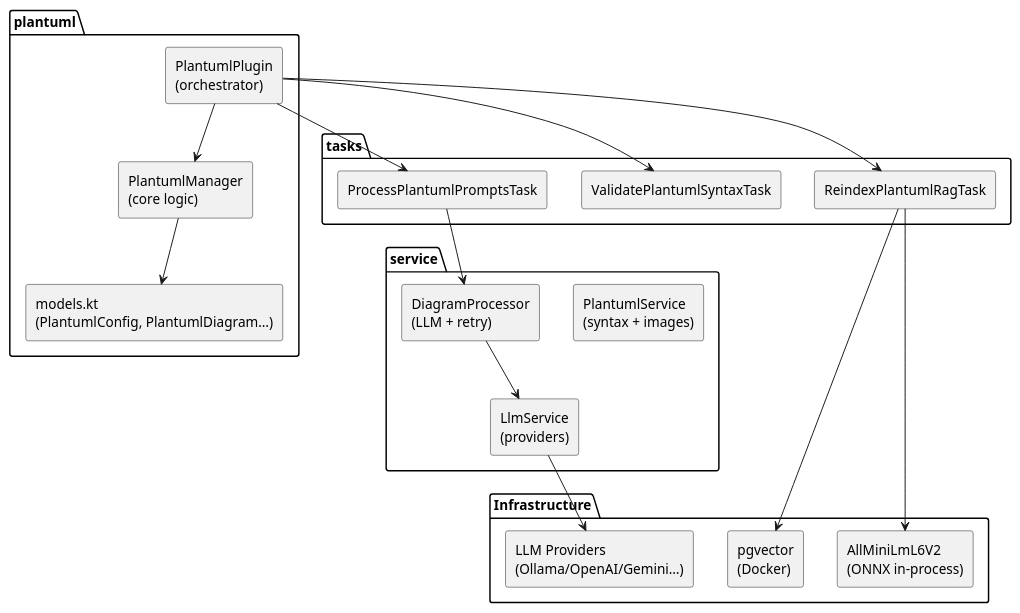
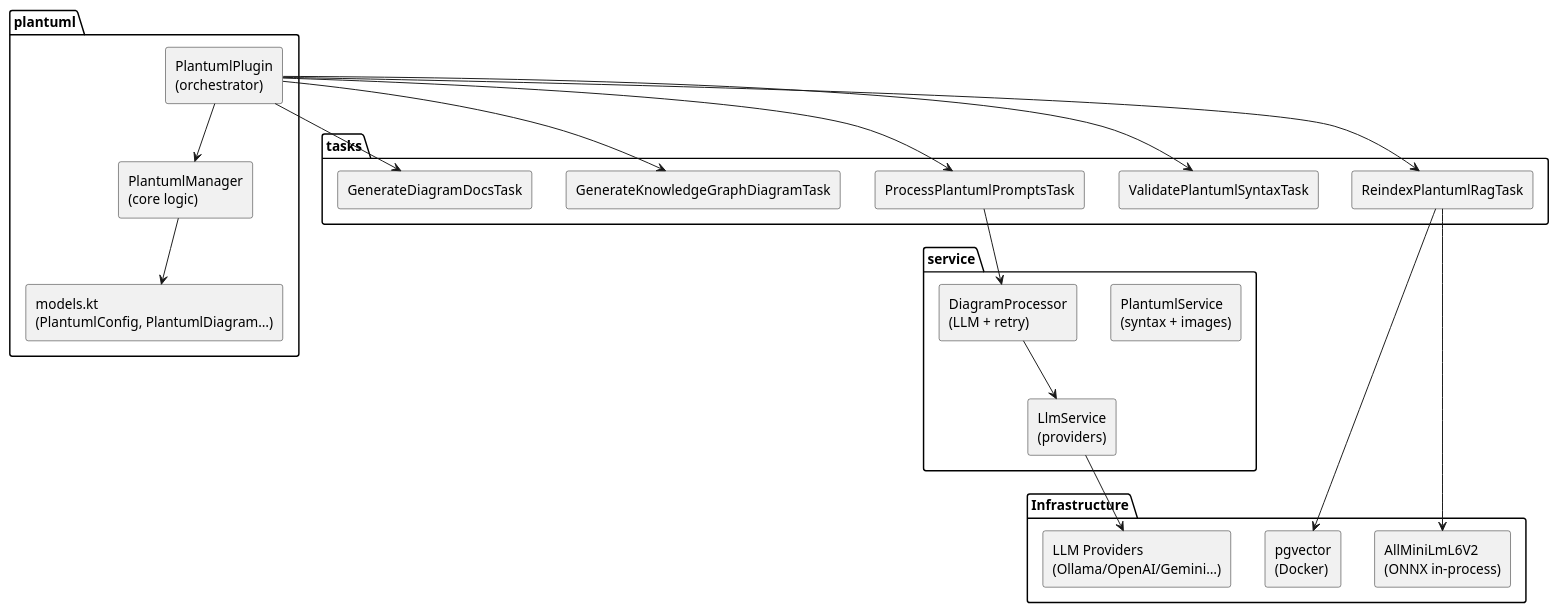
One commit to cheroliv/plantuml-gradle changed the first of 5 diagrams in plantuml-plugin/README_truth.adoc. Above: the diagram before and after it, drawn with PlantUML. The commit also changed other lines of this file and 12 other files, not shown here.

First line of the commit message:
feat: 15 functional tests for generateKnowledgeGraphDiagram + renderer improvements + readmes updated

```diff
--- a/plantuml-plugin/README_truth.adoc
+++ b/plantuml-plugin/README_truth.adoc
@@ -69,41 +69,45 @@
 [plantuml]
 ----
 @startuml
 skinparam componentStyle rectangle
 
 package "plantuml" {
   component "PlantumlPlugin\n(orchestrator)" as Plugin
   component "PlantumlManager\n(core logic)" as Manager
   component "models.kt\n(PlantumlConfig, PlantumlDiagram…)" as Models
 }
 
 package "service" {
   component "PlantumlService\n(syntax + images)" as PS
   component "DiagramProcessor\n(LLM + retry)" as DP
   component "LlmService\n(providers)" as LS
 }
 
 package "tasks" {
   component "ProcessPlantumlPromptsTask" as PPT
   component "ValidatePlantumlSyntaxTask" as VST
   component "ReindexPlantumlRagTask" as RRT
+  component "GenerateKnowledgeGraphDiagramTask" as KGDT
+  component "GenerateDiagramDocsTask" as GDDT
 }
 
 package "Infrastructure" {
   component "pgvector\n(Docker)" as PG
   component "AllMiniLmL6V2\n(ONNX in-process)" as Embed
   component "LLM Providers\n(Ollama/OpenAI/Gemini…)" as LLM
 }
 
 Plugin --> Manager
 Plugin --> PPT
 Plugin --> VST
 Plugin --> RRT
+Plugin --> KGDT
+Plugin --> GDDT
 Manager --> Models
 PPT --> DP
 DP --> LS
 LS --> LLM
 RRT --> PG
 RRT --> Embed
 @enduml
 ----
```
